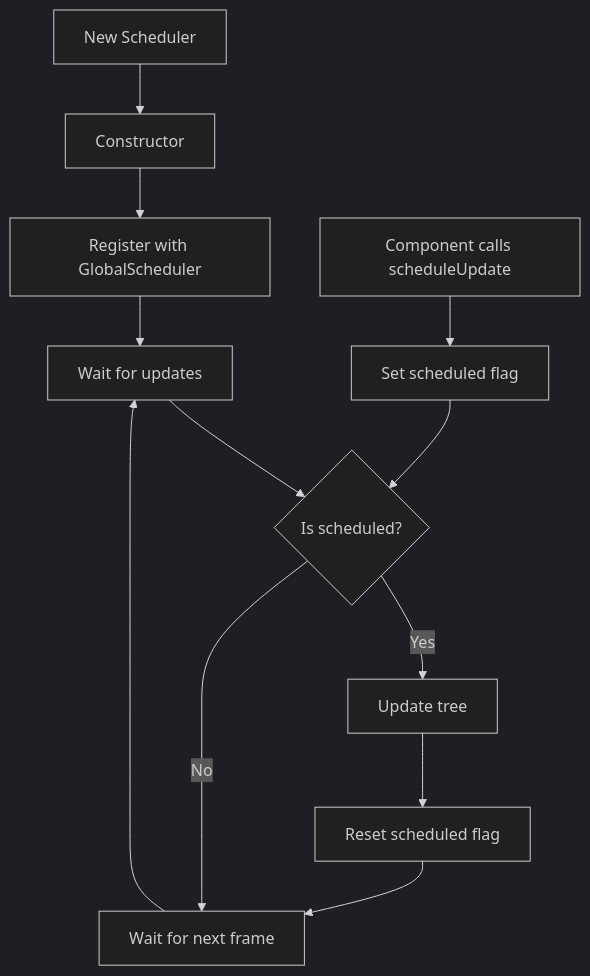
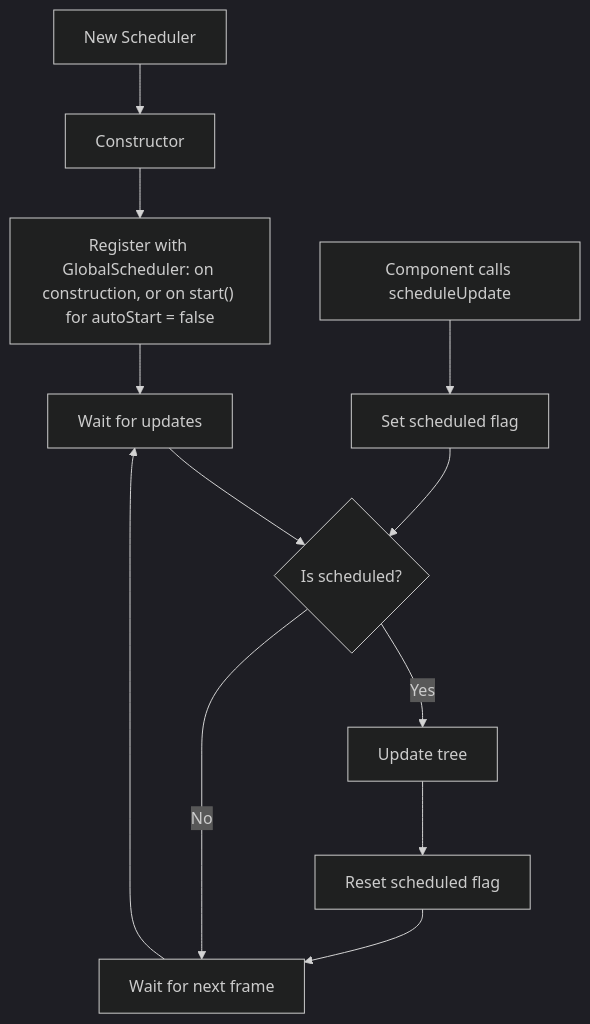
One commit to gravity-ui/graph changed the sixth of 7 diagrams in packages/graph/docs/system/scheduler-system.md. Above: the diagram before and after it, drawn with Mermaid (dark theme). The commit also changed other lines of this file and 16 other files, not shown here.

First line of the commit message:
fix(graph): share the frame loop by owner and keep unattached graphs collectable

````diff
--- a/packages/graph/docs/system/scheduler-system.md
+++ b/packages/graph/docs/system/scheduler-system.md
@@ -426,15 +472,15 @@
 ```mermaid
 flowchart TD
     A[New Scheduler] --> B[Constructor]
-    B --> C[Register with GlobalScheduler]
+    B --> C["Register with GlobalScheduler: on construction, or on start() for autoStart = false"]
     C --> D[Wait for updates]
     D --> E{Is scheduled?}
     E -->|Yes| F[Update tree]
     E -->|No| G[Wait for next frame]
     G --> D
     F --> H[Reset scheduled flag]
     H --> G
     
     I[Component calls scheduleUpdate] --> J[Set scheduled flag]
     J --> E
 ```
````
